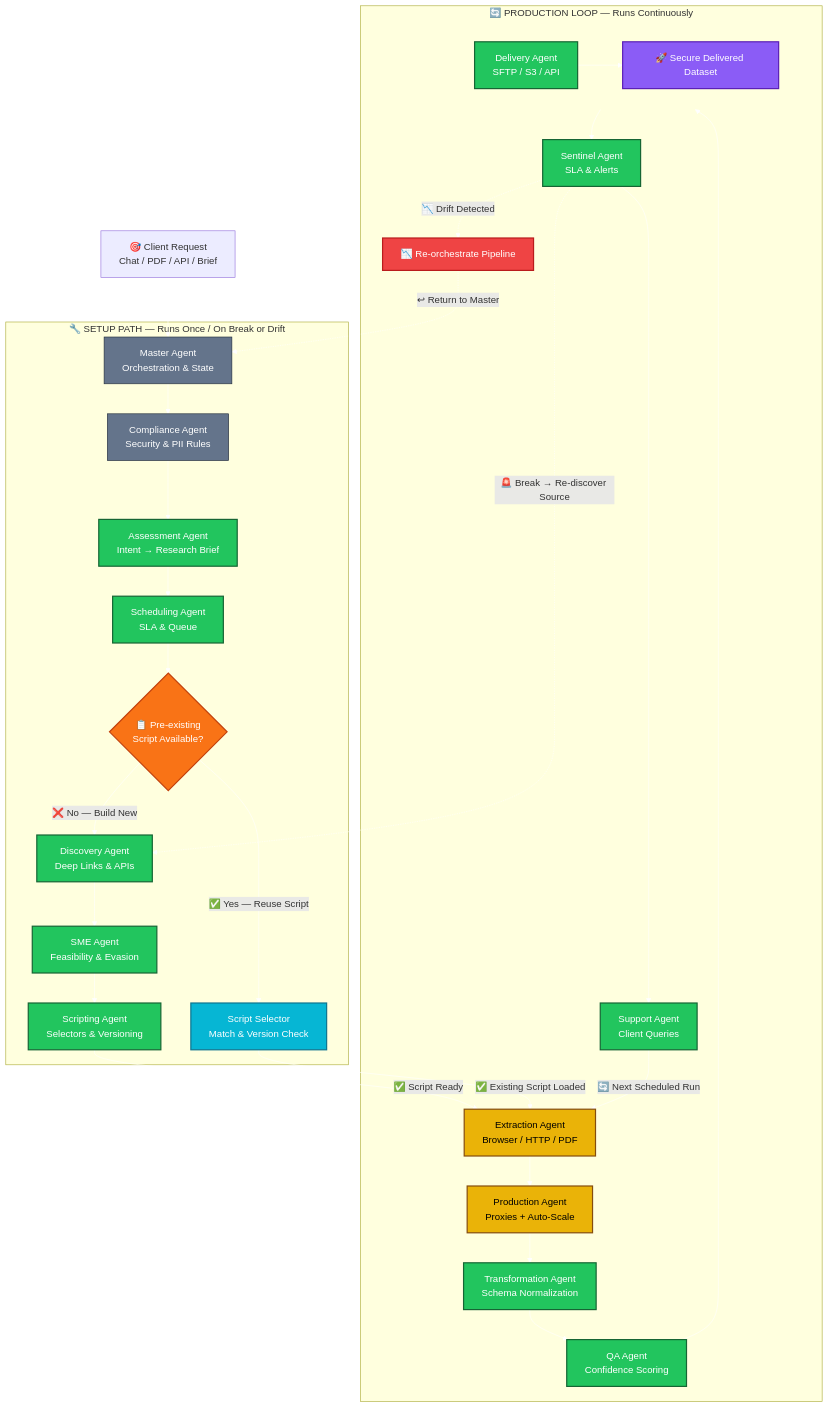
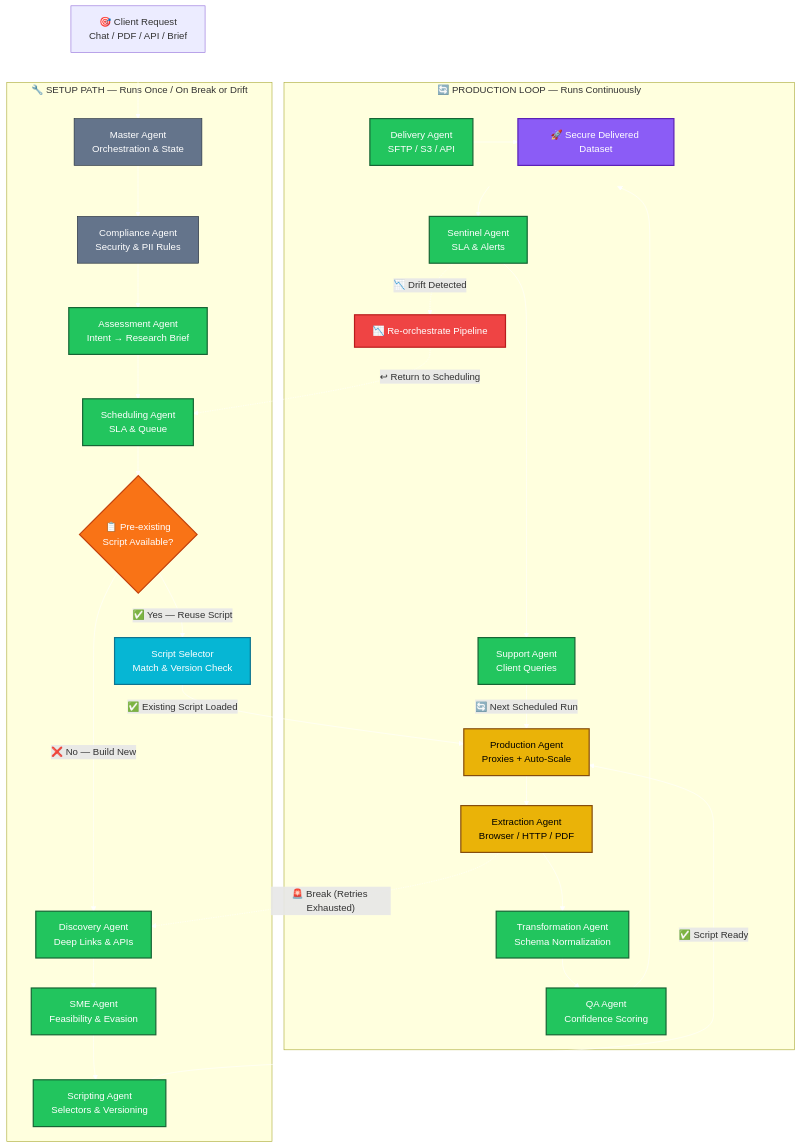
Before and after one commit to balam65/agentic-research: the diagram in outline-operational-modified.mmd, drawn with Mermaid. The commit also changed 11 other files, not shown here.

```diff
--- a/outline-operational-modified.mmd
+++ b/outline-operational-modified.mmd
@@ -1,73 +1,73 @@
 %%{init: {'themeVariables': { 'lineColor': '#ffffff' }}}%%
 flowchart TD
     %% ── TRIGGER ──
     Client[🎯 Client Request<br>Chat / PDF / API / Brief]
 
     %% ── SETUP PATH ──
     Client --> Master
 
     subgraph SETUP ["🔧 SETUP PATH — Runs Once / On Break or Drift"]
         Master[Master Agent<br>Orchestration & State]
         --> Comp[Compliance Agent<br>Security & PII Rules]
         --> Assess[Assessment Agent<br>Intent → Research Brief]
         --> Sched[Scheduling Agent<br>SLA & Queue]
 
         %% ── BRANCH 1: Script Availability Check ──
         Sched --> ScriptCheck{📋 Pre-existing<br>Script Available?}
         ScriptCheck -- "✅ Yes — Reuse Script" --> ScriptSelect[Script Selector<br>Match & Version Check]
         ScriptCheck -- "❌ No — Build New" --> Disc[Discovery Agent<br>Deep Links & APIs]
         --> SME[SME Agent<br>Feasibility & Evasion]
         --> Script[Scripting Agent<br>Selectors & Versioning]
     end
 
     %% ── HANDOFF ──
-    Script -- "✅ Script Ready" --> Extr
-    ScriptSelect -- "✅ Existing Script Loaded" --> Extr
+    Script -- "✅ Script Ready" --> Scale
+    ScriptSelect -- "✅ Existing Script Loaded" --> Scale
 
     %% ── PRODUCTION LOOP ──
     subgraph LOOP ["🔄 PRODUCTION LOOP — Runs Continuously"]
-        Extr[Extraction Agent<br>Browser / HTTP / PDF]
-        --> Scale[Production Agent<br>Proxies + Auto-Scale]
+        Scale[Production Agent<br>Proxies + Auto-Scale]
+        --> Extr[Extraction Agent<br>Browser / HTTP / PDF]
         --> Trans[Transformation Agent<br>Schema Normalization]
         --> QA[QA Agent<br>Confidence Scoring]
 
         %% Delivery row — horizontal alignment via LR subgraph
         subgraph DELIVER [" "]
             direction LR
             Deliv[Delivery Agent<br>SFTP / S3 / API] --> Output[🚀 Secure Delivered Dataset]
         end
 
         QA --> Deliv
         Deliv --> Sent[Sentinel Agent<br>SLA & Alerts]
         --> Supp[Support Agent<br>Client Queries]
 
         %% Drift flag stays inside Loop box
         Sent -. "📉 Drift Detected" .-> Drift[📉 Re-orchestrate Pipeline]
     end
 
     %% ── LOOP BACK ──
-    Supp -- "🔄 Next Scheduled Run" --> Extr
+    Supp -- "🔄 Next Scheduled Run" --> Scale
 
     %% ── BRANCH 2: Break vs Drift Repair ──
-    Sent -. "🚨 Break → Re-discover Source" .-> Disc
-    Drift -. "↩ Return to Master" .-> Master
+    Extr -. "🚨 Break (Retries Exhausted)" .-> Disc
+    Drift -. "↩ Return to Scheduling" .-> Sched
 
     %% ── STYLING ──
     classDef done fill:#22c55e,stroke:#166534,color:#fff,stroke-width:2px
     classDef progress fill:#eab308,stroke:#854d0e,color:#000,stroke-width:2px
     classDef gov fill:#64748b,stroke:#1e2937,color:#fff
     classDef output fill:#8b5cf6,stroke:#5b21b6,color:#fff,stroke-width:2px
     classDef decision fill:#f97316,stroke:#c2410c,color:#fff,stroke-width:2px
     classDef reuse fill:#06b6d4,stroke:#0e7490,color:#fff,stroke-width:2px
     classDef drift fill:#ef4444,stroke:#b91c1c,color:#fff,stroke-width:2px
 
     class Master,Comp gov
     class Assess,Sched,Disc,SME,Script,Trans,QA,Deliv,Sent,Supp done
     class Extr,Scale progress
     class Output output
     class ScriptCheck decision
     class ScriptSelect reuse
     class Drift drift
 
     %% Hide the DELIVER subgraph border so it looks seamless
     style DELIVER fill:none,stroke:none
```
